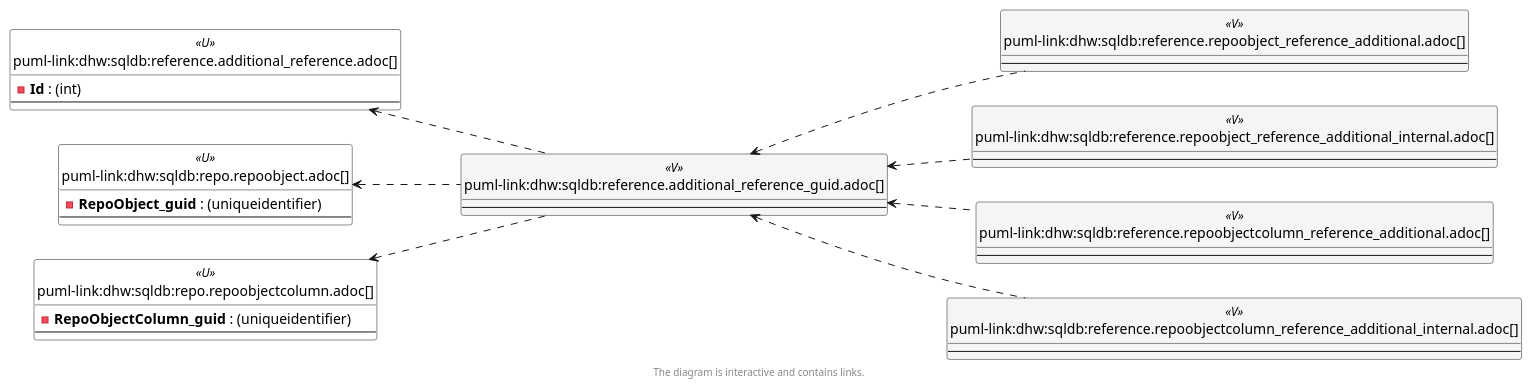
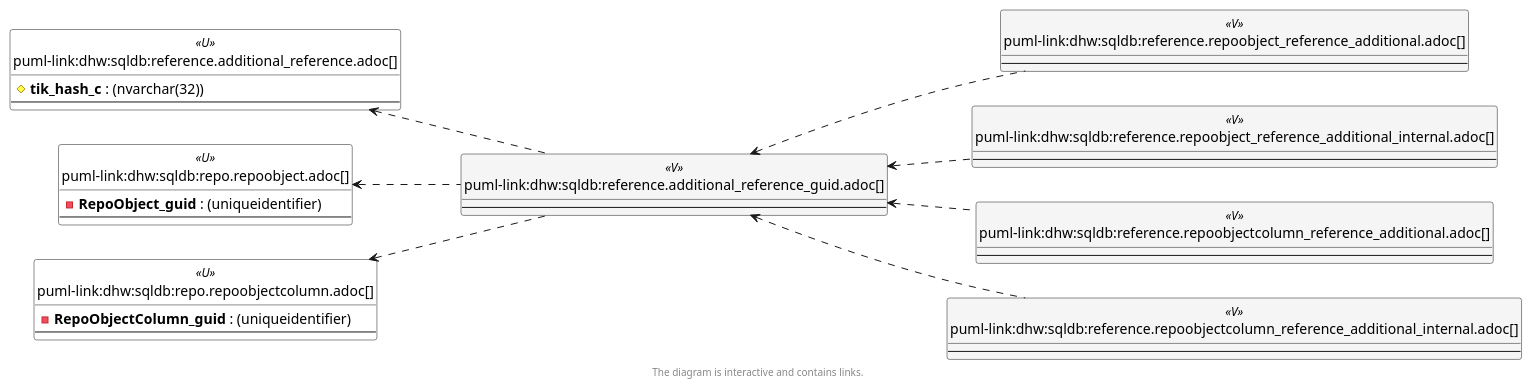
The third of 6 diagrams in docs/modules/sqldb/partials/content/reference.additional_reference_guid.adoc (DataHandwerk/dhw-antora-sqldb), drawn with PlantUML before and after one commit. The commit also changed other lines of this file and 751 other files, not shown here.

```diff
--- a/docs/modules/sqldb/partials/content/reference.additional_reference_guid.adoc
+++ b/docs/modules/sqldb/partials/content/reference.additional_reference_guid.adoc
@@ -1407,77 +1407,77 @@
 [plantuml, entity_1_1_objectref-{docname}, svg, subs=macros]
 ....
 @startuml
 left to right direction
 'top to bottom direction
 hide circle
 'avoide "." issues:
 set namespaceSeparator none
 
 
 skinparam class {
   BackgroundColor White
   BackgroundColor<<FN>> Yellow
   BackgroundColor<<FS>> Yellow
   BackgroundColor<<FT>> LightGray
   BackgroundColor<<IF>> Yellow
   BackgroundColor<<IS>> Yellow
   BackgroundColor<<P>>  Aqua
   BackgroundColor<<PC>> Aqua
   BackgroundColor<<SN>> Yellow
   BackgroundColor<<SO>> SlateBlue
   BackgroundColor<<TF>> LightGray
   BackgroundColor<<TR>> Tomato
   BackgroundColor<<U>>  White
   BackgroundColor<<V>>  WhiteSmoke
   BackgroundColor<<X>>  Aqua
   BackgroundColor<<external>> AliceBlue
 }
 
 
 entity "puml-link:dhw:sqldb:reference.additional_reference.adoc[]" as reference.additional_Reference << U >> {
-  - **Id** : (int)
+  # **tik_hash_c** : (nvarchar(32))
   --
 }
 
 entity "puml-link:dhw:sqldb:reference.additional_reference_guid.adoc[]" as reference.additional_Reference_guid << V >> {
   --
 }
 
 entity "puml-link:dhw:sqldb:reference.repoobject_reference_additional.adoc[]" as reference.RepoObject_reference_additional << V >> {
   --
 }
 
 entity "puml-link:dhw:sqldb:reference.repoobject_reference_additional_internal.adoc[]" as reference.RepoObject_reference_additional_internal << V >> {
   --
 }
 
 entity "puml-link:dhw:sqldb:reference.repoobjectcolumn_reference_additional.adoc[]" as reference.RepoObjectColumn_reference_additional << V >> {
   --
 }
 
 entity "puml-link:dhw:sqldb:reference.repoobjectcolumn_reference_additional_internal.adoc[]" as reference.RepoObjectColumn_reference_additional_internal << V >> {
   --
 }
 
 entity "puml-link:dhw:sqldb:repo.repoobject.adoc[]" as repo.RepoObject << U >> {
   - **RepoObject_guid** : (uniqueidentifier)
   --
 }
 
 entity "puml-link:dhw:sqldb:repo.repoobjectcolumn.adoc[]" as repo.RepoObjectColumn << U >> {
   - **RepoObjectColumn_guid** : (uniqueidentifier)
   --
 }
 
 reference.additional_Reference <.. reference.additional_Reference_guid
 reference.additional_Reference_guid <.. reference.RepoObject_reference_additional_internal
 reference.additional_Reference_guid <.. reference.RepoObjectColumn_reference_additional_internal
 reference.additional_Reference_guid <.. reference.RepoObject_reference_additional
 reference.additional_Reference_guid <.. reference.RepoObjectColumn_reference_additional
 repo.RepoObject <.. reference.additional_Reference_guid
 repo.RepoObjectColumn <.. reference.additional_Reference_guid
 
 footer The diagram is interactive and contains links.
 
 @enduml
 ....
```
